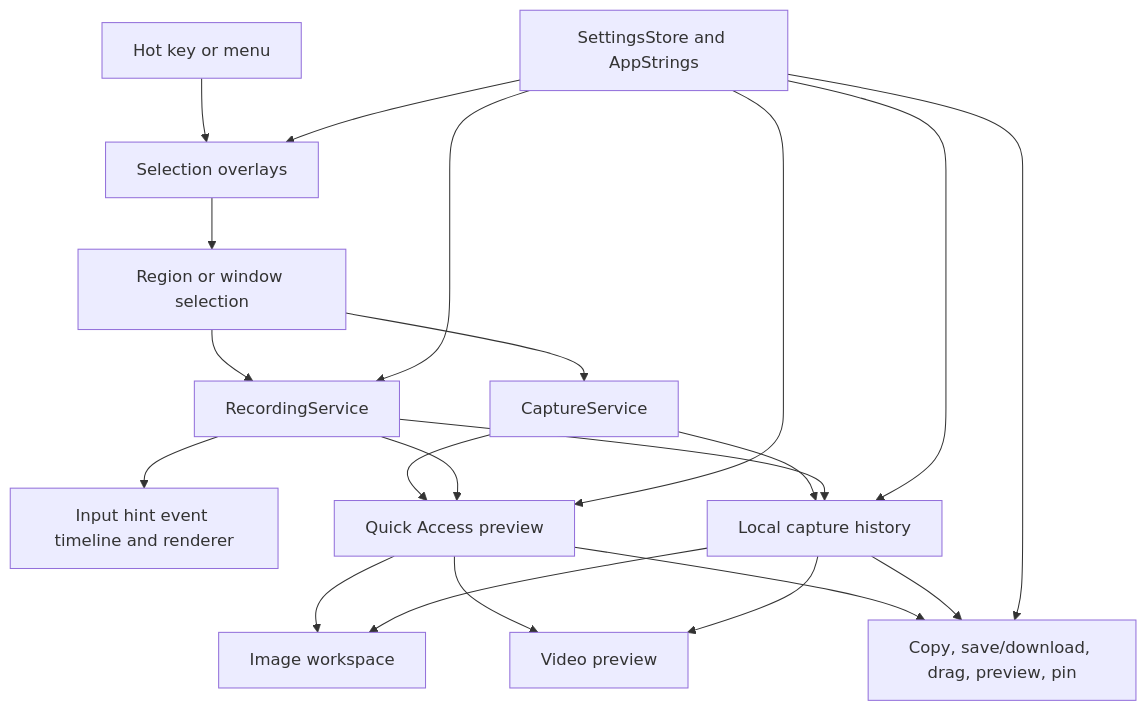
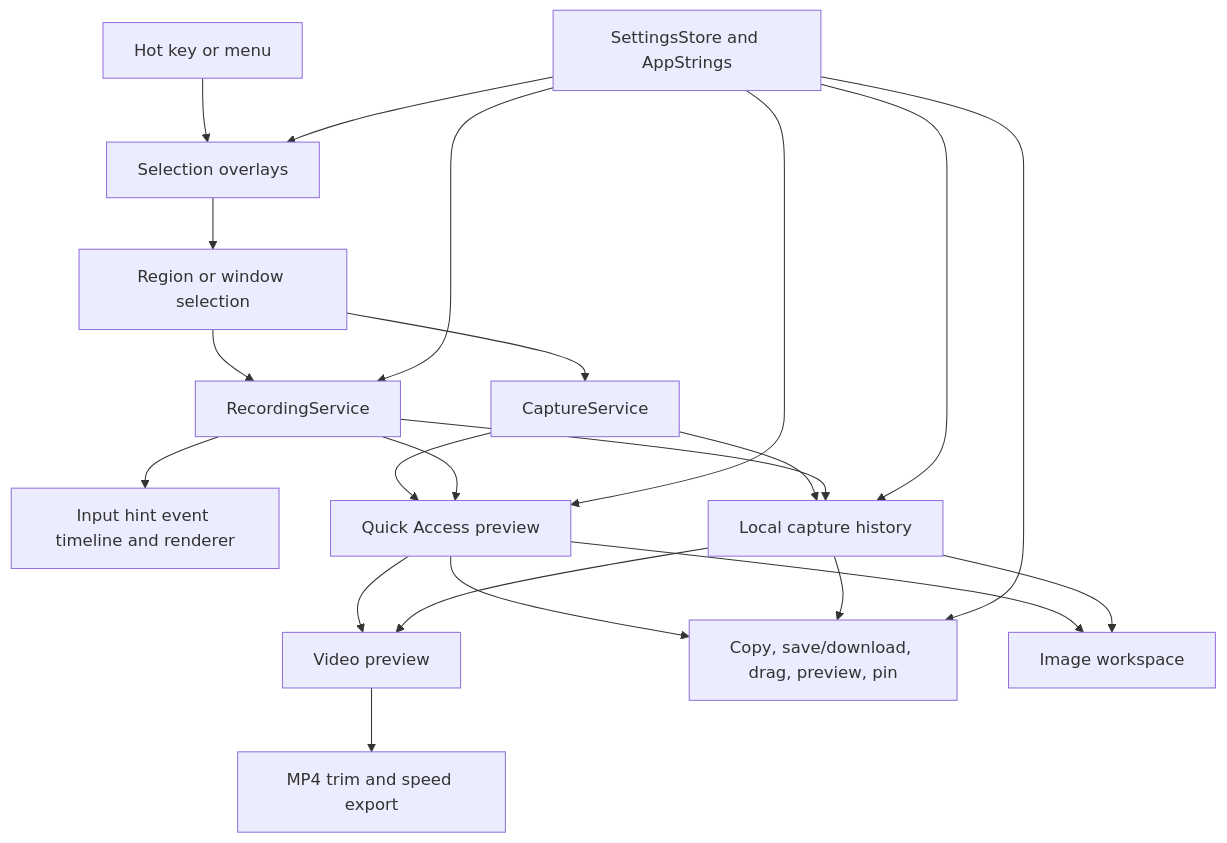
The diagram in docs/architecture.md (deweyou/frame), drawn with Mermaid before and after one commit. The commit also changed other lines of this file and 34 other files, not shown here.

First line of the commit message:
[codex] Add recording video editing workflow (#27)

````diff
--- a/docs/architecture.md
+++ b/docs/architecture.md
@@ -3,23 +3,24 @@
 ```mermaid
 flowchart TD
     HotKey[Hot key or menu] --> Overlay[Selection overlays]
     Overlay --> Selection[Region or window selection]
     Selection --> Capture[CaptureService]
     Selection --> Recording[RecordingService]
     Recording --> InputHints[Input hint event timeline and renderer]
     Capture --> History[Local capture history]
     Capture --> QuickAccess[Quick Access preview]
     Recording --> History
     Recording --> QuickAccess
     QuickAccess --> VideoPreview[Video preview]
+    VideoPreview --> VideoEditing[MP4 trim and speed export]
     QuickAccess --> Output[Copy, save/download, drag, preview, pin]
     QuickAccess --> Workspace[Image workspace]
     History --> Workspace
     History --> VideoPreview
     History --> Output
     Settings[SettingsStore and AppStrings] --> Overlay
     Settings --> Recording
     Settings --> QuickAccess
     Settings --> Output
     Settings --> History
 ```
````
